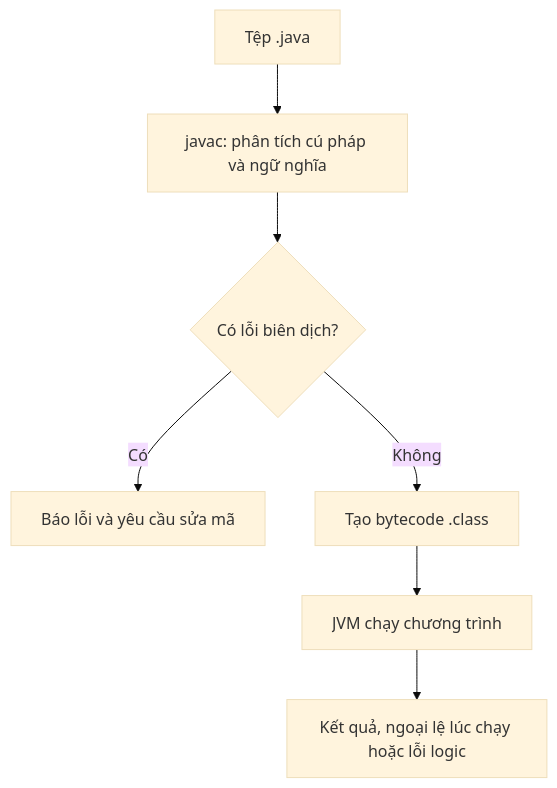
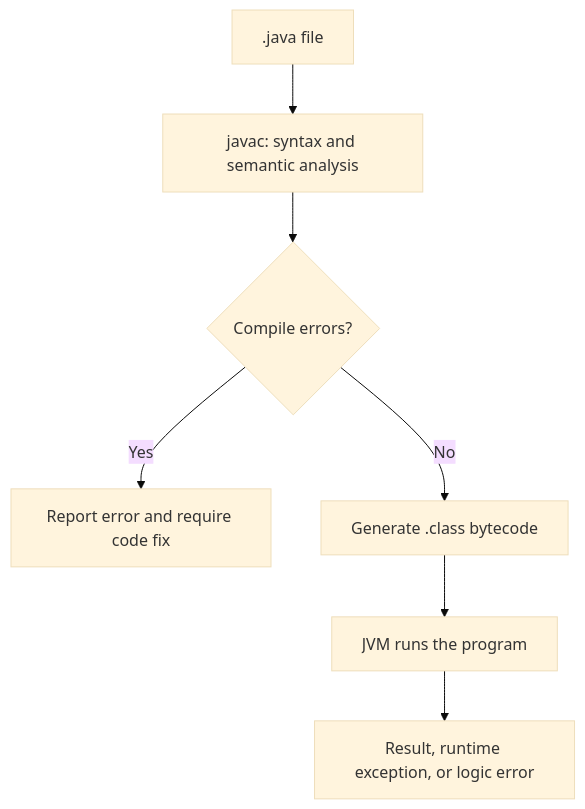
The diagram in module/platform/development/programming/language/java/core/language-basics/content/knowledge/en/1.language-overview/language-overview-005.md (phuongnguyenit93/learning-platform-data), drawn with Mermaid (base theme) before and after one commit. The commit also changed other lines of this file and 2307 other files, not shown here.

```diff
--- a/module/platform/development/programming/language/java/core/language-basics/content/knowledge/en/1.language-overview/language-overview-005.md
+++ b/module/platform/development/programming/language/java/core/language-basics/content/knowledge/en/1.language-overview/language-overview-005.md
@@ -58,9 +58,9 @@
 ~~~mermaid
 flowchart TD
-    A["Tệp .java"] --> B["javac: phân tích cú pháp và ngữ nghĩa"]
-    B --> C{"Có lỗi biên dịch?"}
-    C -->|Có| D["Báo lỗi và yêu cầu sửa mã"]
-    C -->|Không| E["Tạo bytecode .class"]
-    E --> F["JVM chạy chương trình"]
-    F --> G["Kết quả, ngoại lệ lúc chạy hoặc lỗi logic"]
+    A[".java file"] --> B["javac: syntax and semantic analysis"]
+    B --> C{"Compile errors?"}
+    C -->|Yes| D["Report error and require code fix"]
+    C -->|No| E["Generate .class bytecode"]
+    E --> F["JVM runs the program"]
+    F --> G["Result, runtime exception, or logic error"]
 ~~~
```
